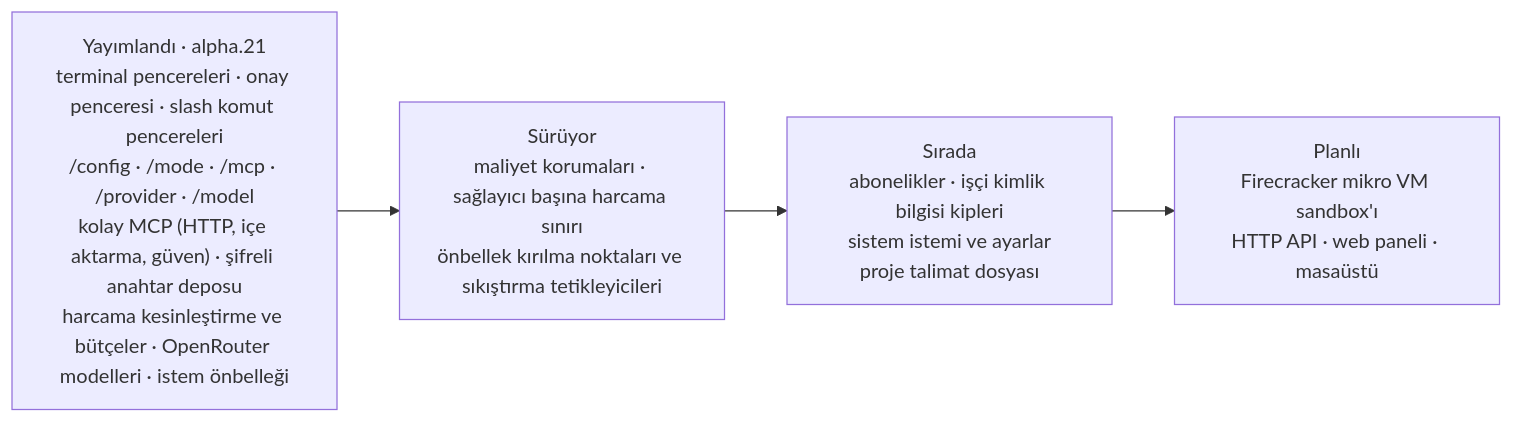
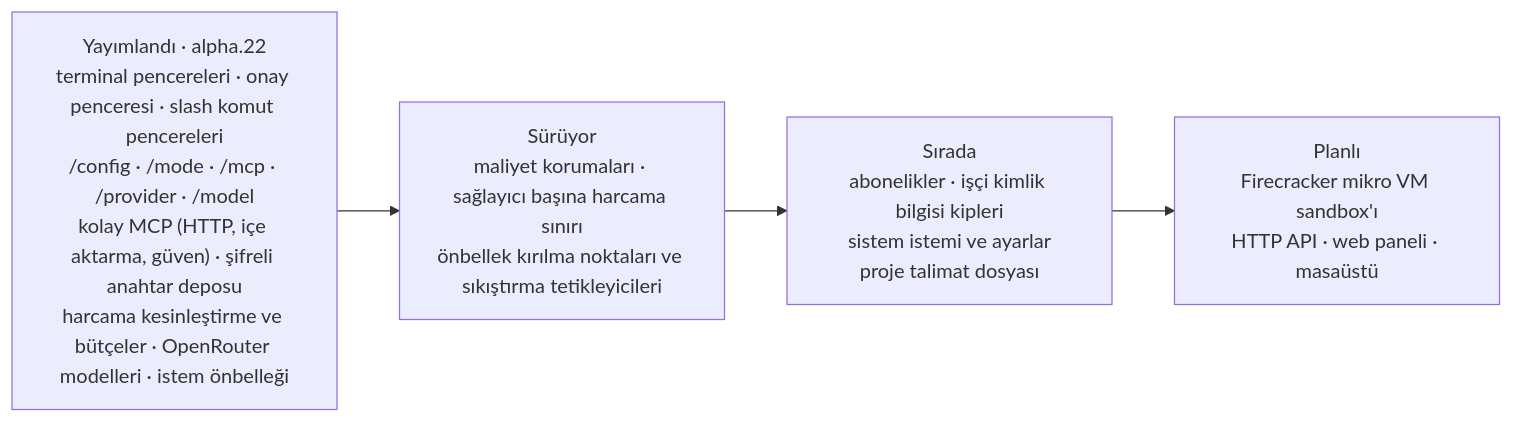
The fifth of 5 diagrams in README.tr.md (Verhex/deckent-next), drawn with Mermaid before and after one commit. The commit also changed other lines of this file and 5 other files, not shown here.

Commit message:
docs: alpha.22 landing reconciliation (PR #63; sandbox, authority, public docs, OpenRouter gate completed; follow-up limits row; live line alpha.21)

````diff
--- a/README.tr.md
+++ b/README.tr.md
@@ -317,6 +317,6 @@
 ```mermaid
 flowchart LR
-  L["Yayımlandı · alpha.21<br/>terminal pencereleri · onay penceresi · slash komut pencereleri<br/>/config · /mode · /mcp · /provider · /model<br/>kolay MCP (HTTP, içe aktarma, güven) · şifreli anahtar deposu<br/>harcama kesinleştirme ve bütçeler · OpenRouter modelleri · istem önbelleği"] --> P["Sürüyor<br/>maliyet korumaları · sağlayıcı başına harcama sınırı<br/>önbellek kırılma noktaları ve sıkıştırma tetikleyicileri"]
+  L["Yayımlandı · alpha.22<br/>terminal pencereleri · onay penceresi · slash komut pencereleri<br/>/config · /mode · /mcp · /provider · /model<br/>kolay MCP (HTTP, içe aktarma, güven) · şifreli anahtar deposu<br/>harcama kesinleştirme ve bütçeler · OpenRouter modelleri · istem önbelleği"] --> P["Sürüyor<br/>maliyet korumaları · sağlayıcı başına harcama sınırı<br/>önbellek kırılma noktaları ve sıkıştırma tetikleyicileri"]
   P --> N["Sırada<br/>abonelikler · işçi kimlik bilgisi kipleri<br/>sistem istemi ve ayarlar<br/>proje talimat dosyası"]
   N --> F["Planlı<br/>Firecracker mikro VM sandbox'ı<br/>HTTP API · web paneli · masaüstü"]
 ```
````
